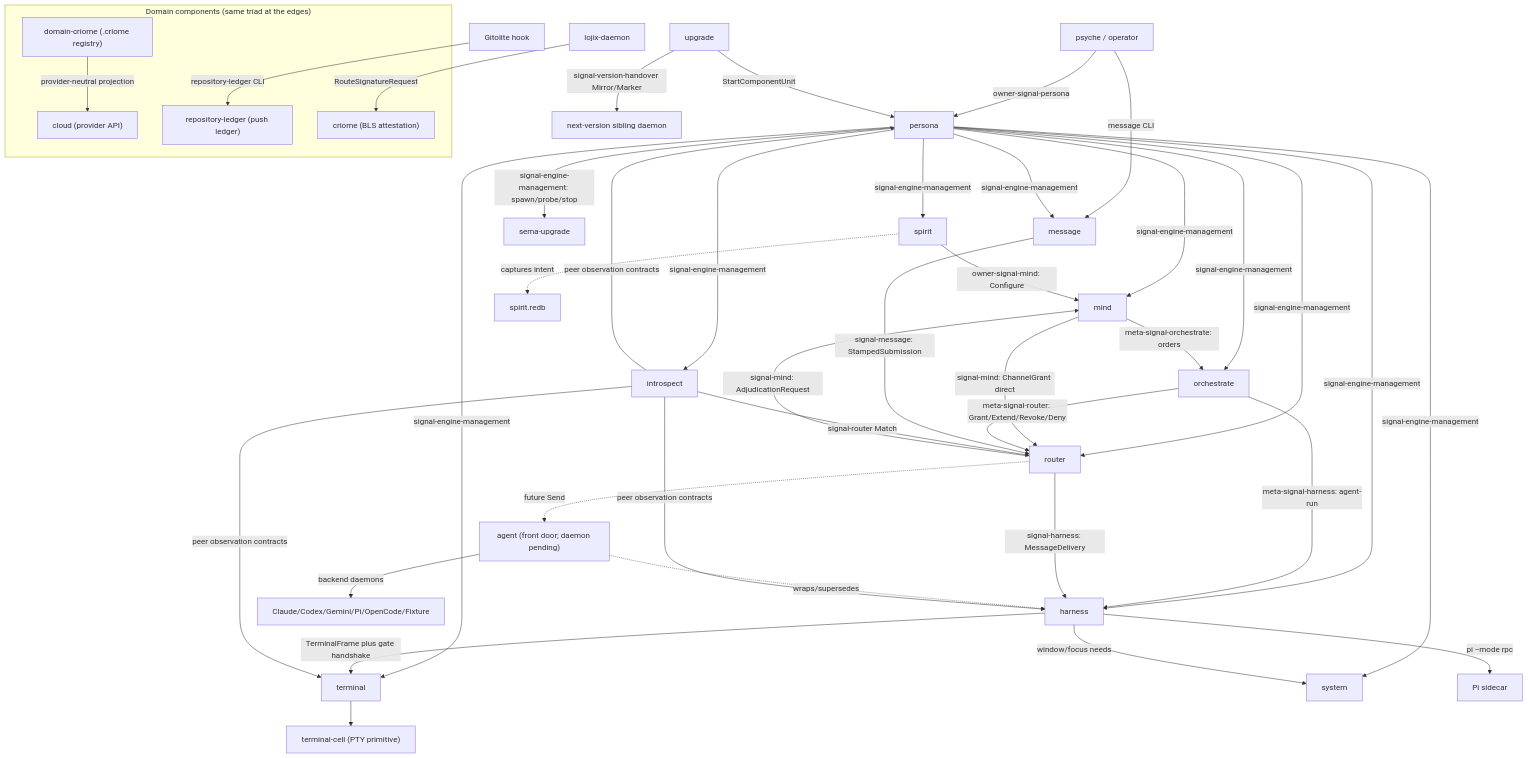
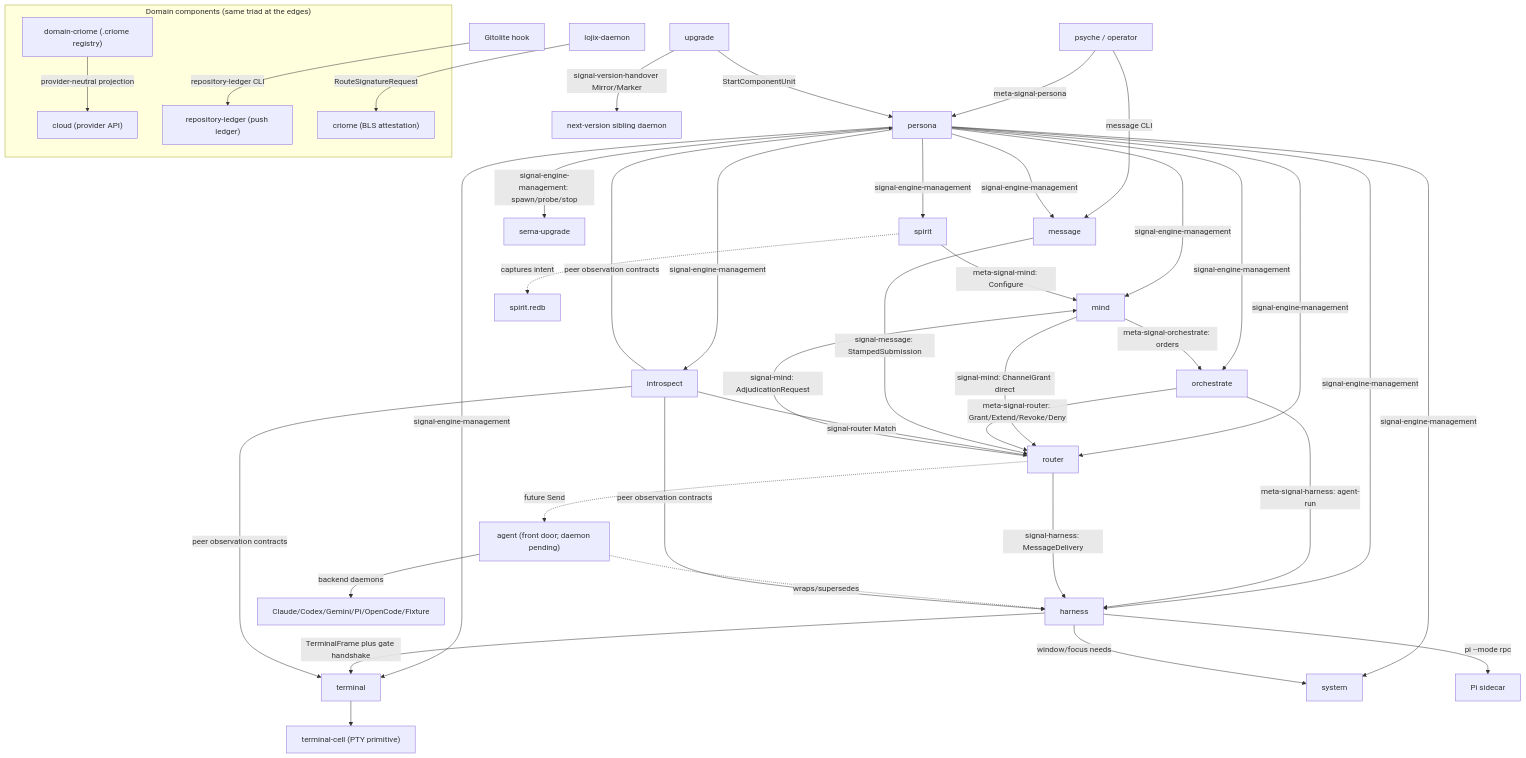
The second of 8 diagrams in reports/designer/548-persona-meta-engine-vision.md (LiGoldragon/primary), drawn with Mermaid before and after one commit. The commit also changed other lines of this file and 3 other files, not shown here.

````diff
--- a/reports/designer/548-persona-meta-engine-vision.md
+++ b/reports/designer/548-persona-meta-engine-vision.md
@@ -109,55 +109,55 @@
 ```mermaid
 graph TD
   PSY["psyche / operator"]
 
-  PSY -->|owner-signal-persona| persona
+  PSY -->|meta-signal-persona| persona
   PSY -->|message CLI| message
 
   persona -->|signal-engine-management: spawn/probe/stop| semaupg["sema-upgrade"]
   persona -->|signal-engine-management| mind
   persona -->|signal-engine-management| orchestrate
   persona -->|signal-engine-management| router
   persona -->|signal-engine-management| harness
   persona -->|signal-engine-management| terminal
   persona -->|signal-engine-management| message
   persona -->|signal-engine-management| introspect
   persona -->|signal-engine-management| system
   persona -->|signal-engine-management| spirit
 
-  spirit -->|owner-signal-mind: Configure| mind
+  spirit -->|meta-signal-mind: Configure| mind
   mind -->|meta-signal-orchestrate: orders| orchestrate
   mind -->|signal-mind: ChannelGrant direct| router
   orchestrate -->|meta-signal-router: Grant/Extend/Revoke/Deny| router
   orchestrate -->|meta-signal-harness: agent-run| harness
 
   message -->|signal-message: StampedSubmission| router
   router -->|signal-harness: MessageDelivery| harness
   router -->|signal-mind: AdjudicationRequest| mind
   harness -->|TerminalFrame plus gate handshake| terminal
   harness -->|window/focus needs| system
   terminal --> cell["terminal-cell (PTY primitive)"]
   harness -->|pi --mode rpc| pi["Pi sidecar"]
   agent["agent (front door; daemon pending)"] -.wraps/supersedes.-> harness
   router -.future Send.-> agent
   agent -->|backend daemons| backends["Claude/Codex/Gemini/Pi/OpenCode/Fixture"]
 
   introspect -->|signal-router Match| router
   introspect -->|peer observation contracts| harness
   introspect -->|peer observation contracts| terminal
   introspect -->|peer observation contracts| persona
 
   upgrade -->|StartComponentUnit| persona
   upgrade -->|signal-version-handover Mirror/Marker| versdaemon["next-version sibling daemon"]
 
   spirit -.captures intent.-> spiritdb["spirit.redb"]
 
   subgraph Domain["Domain components (same triad at the edges)"]
     cloud["cloud (provider API)"]
     domaincriome["domain-criome (.criome registry)"]
     repoledger["repository-ledger (push ledger)"]
     criome["criome (BLS attestation)"]
   end
   domaincriome -->|provider-neutral projection| cloud
   gitolite["Gitolite hook"] -->|repository-ledger CLI| repoledger
   lojix["lojix-daemon"] -->|RouteSignatureRequest| criome
 ```
````
